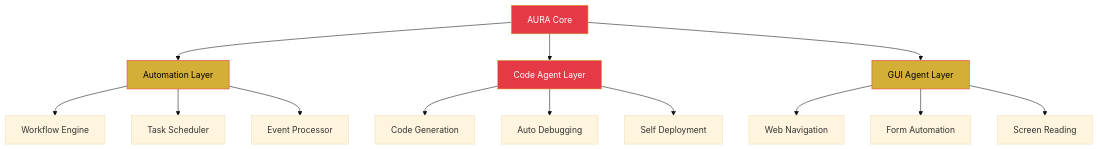
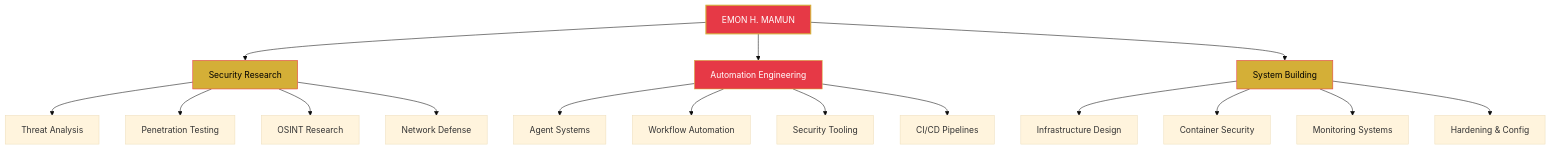
One commit to emonhmamun/emonhmamun changed the diagram in README.md. Above: the diagram before and after it, drawn with Mermaid (base theme). The commit also changed other lines of this file, not shown here.

````diff
--- a/README.md
+++ b/README.md
@@ -68,19 +235,26 @@
 ```mermaid
 graph TD
-    A[AURA Core] --> B[Automation Layer]
-    A --> C[Code Agent Layer]
-    A --> D[GUI Agent Layer]
-    B --> E[Workflow Engine]
-    B --> F[Task Scheduler]
-    B --> G[Event Processor]
-    C --> H[Code Generation]
-    C --> I[Auto Debugging]
-    C --> J[Self Deployment]
-    D --> K[Web Navigation]
-    D --> L[Form Automation]
-    D --> M[Screen Reading]
-    style A fill:#E63946,stroke:#D4AF37,color:#fff
+    A[EMON H. MAMUN] --> B[Security Research]
+    A --> C[Automation Engineering]
+    A --> D[System Building]
+    
+    B --> B1[Threat Analysis]
+    B --> B2[Penetration Testing]
+    B --> B3[OSINT Research]
+    B --> B4[Network Defense]
+    
+    C --> C1[Agent Systems]
+    C --> C2[Workflow Automation]
+    C --> C3[Security Tooling]
+    C --> C4[CI/CD Pipelines]
+    
+    D --> D1[Infrastructure Design]
+    D --> D2[Container Security]
+    D --> D3[Monitoring Systems]
+    D --> D4[Hardening & Config]
+
+    style A fill:#E63946,stroke:#D4AF37,color:#fff,stroke-width:2px
     style B fill:#D4AF37,stroke:#E63946,color:#000
     style C fill:#E63946,stroke:#D4AF37,color:#fff
     style D fill:#D4AF37,stroke:#E63946,color:#000
 ```
````
